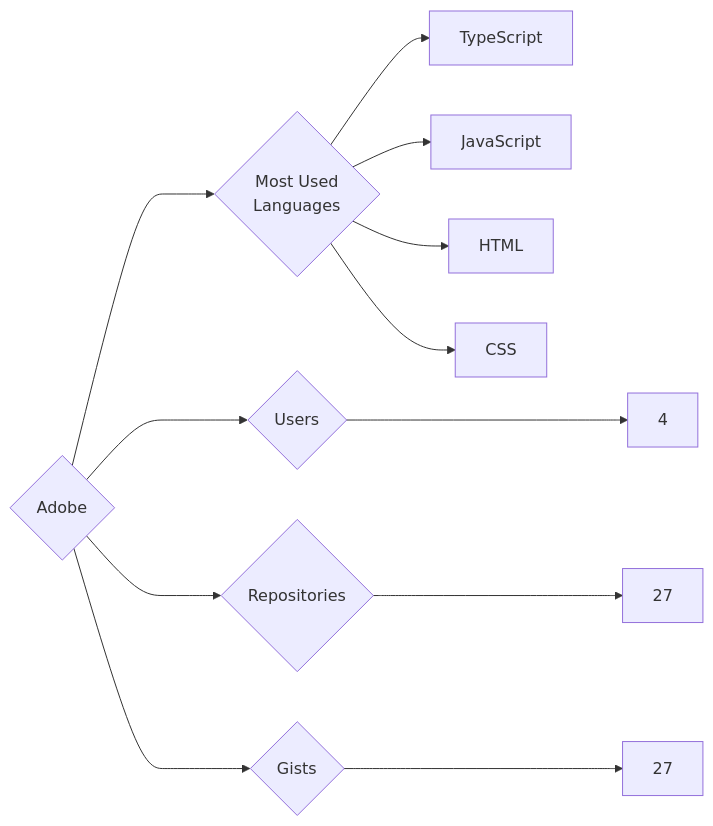
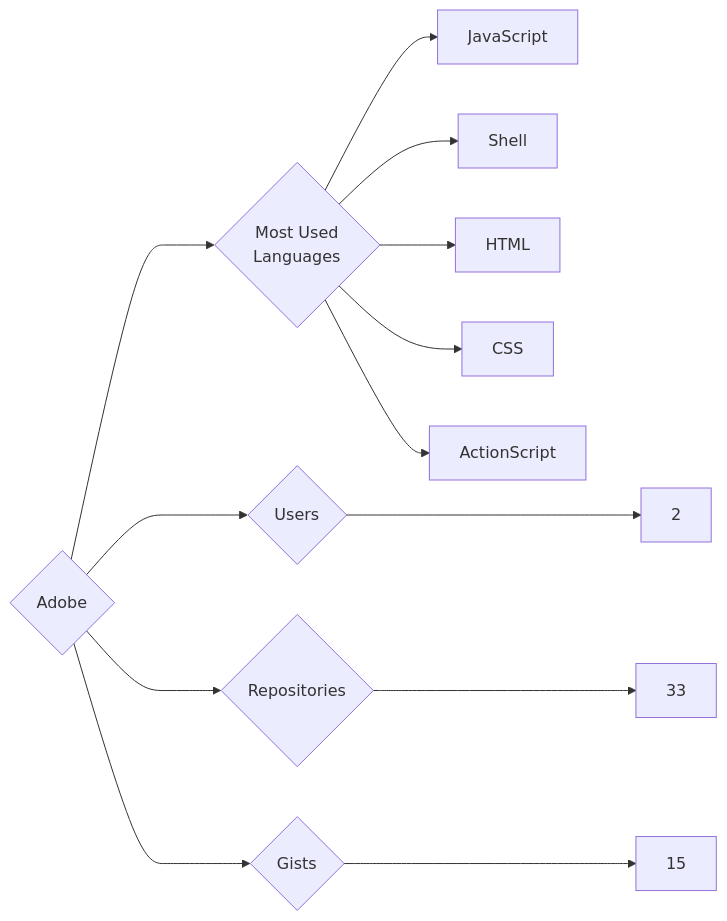
The diagram in targets/Adobe/README.md (trickest/insiders), drawn with Mermaid before and after one commit. The commit also changed 618 other files, not shown here.

````diff
--- a/targets/Adobe/README.md
+++ b/targets/Adobe/README.md
@@ -3,12 +3,13 @@
 ```mermaid
 graph LR
 COMPANY_NAME{Adobe}
-COMPANY_NAME ---> U{Users} ---> UN[4]
-COMPANY_NAME ---> R{Repositories} ---> RN[27]
-COMPANY_NAME ---> G{Gists} ---> GN[27]
+COMPANY_NAME ---> U{Users} ---> UN[2]
+COMPANY_NAME ---> R{Repositories} ---> RN[33]
+COMPANY_NAME ---> G{Gists} ---> GN[15]
 COMPANY_NAME ---> ML{Most Used<br>Languages}
-ML --> TypeScript[TypeScript]
 ML --> JavaScript[JavaScript]
+ML --> Shell[Shell]
 ML --> HTML[HTML]
 ML --> CSS[CSS]
+ML --> ActionScript[ActionScript]
 ```
````
